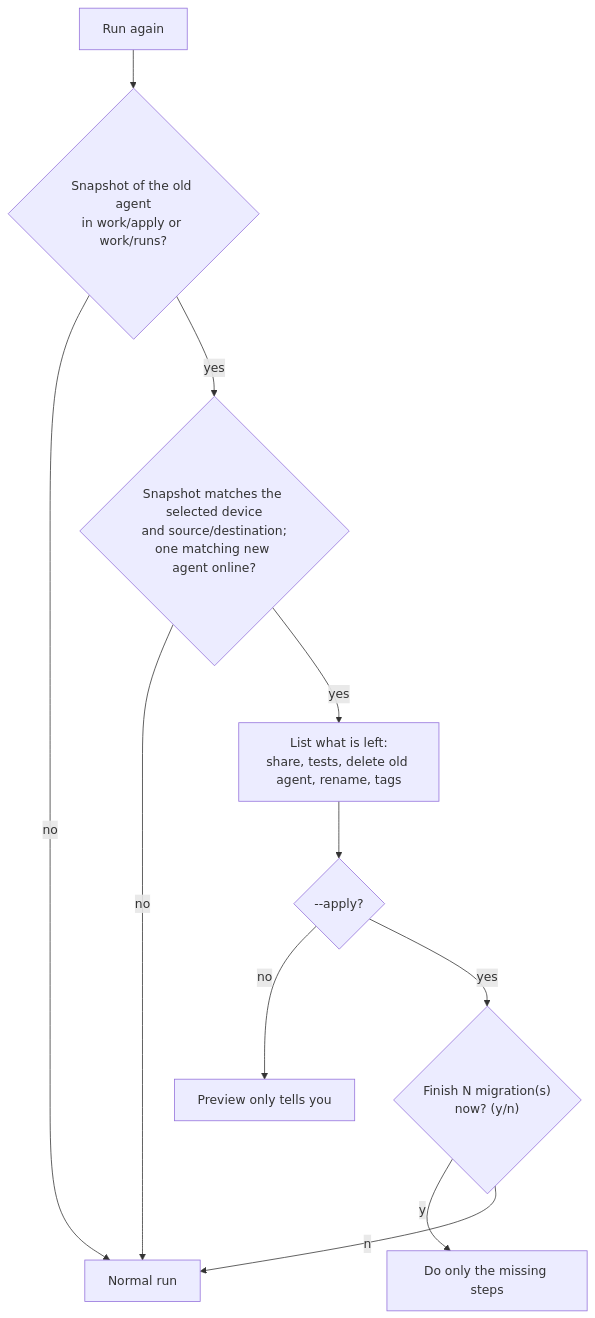
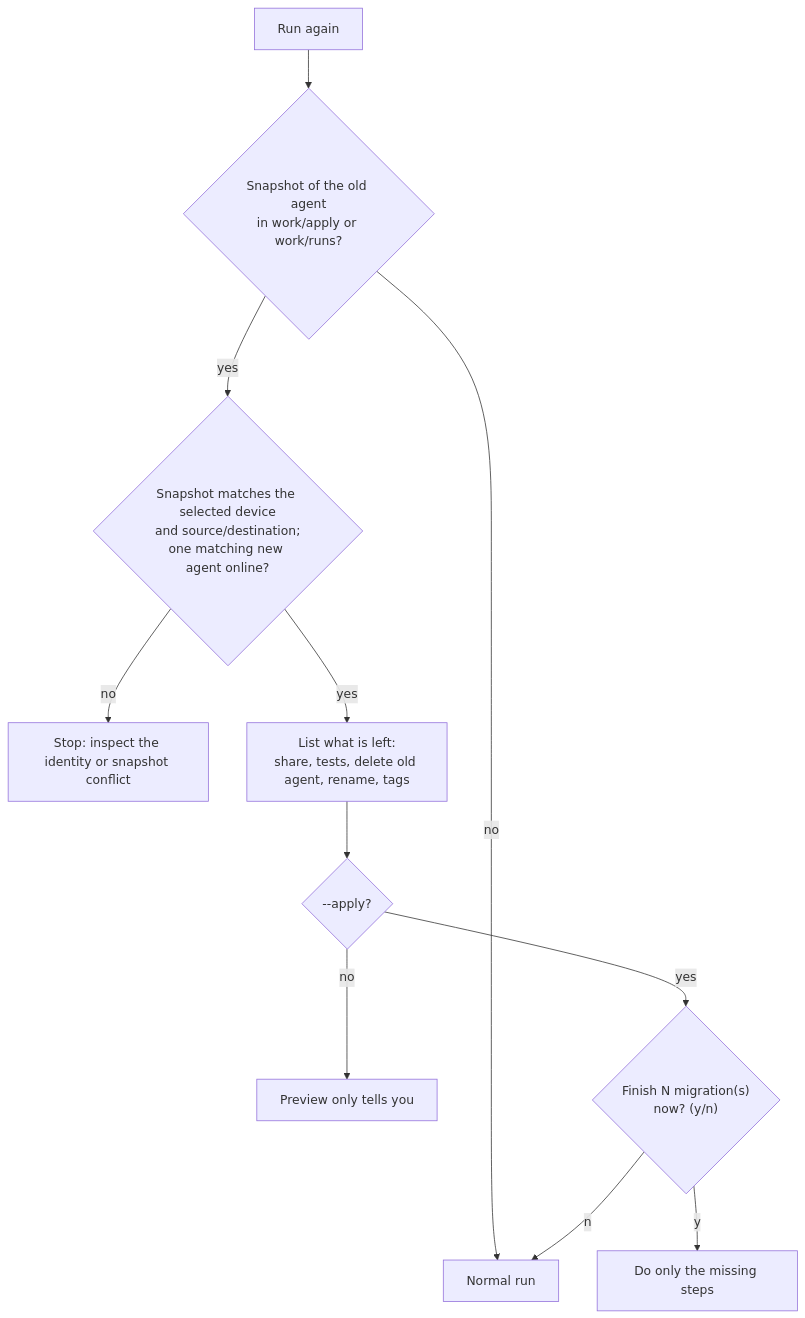
Before and after one commit to miherna2/te_ea_account_transfer: the fourth of 5 diagrams in TE_AGENT_MIGRATE_MINIMAL_REQUIREMENTS/README.md, drawn with Mermaid. The commit also changed other lines of this file and 12 other files, not shown here.

````diff
--- a/TE_AGENT_MIGRATE_MINIMAL_REQUIREMENTS/README.md
+++ b/TE_AGENT_MIGRATE_MINIMAL_REQUIREMENTS/README.md
@@ -338,13 +331,13 @@
 ```mermaid
 flowchart TD
     R["Run again"] --> S{"Snapshot of the old agent<br/>in work/apply or work/runs?"}
     S -- no --> N["Normal run"]
     S -- yes --> O{"Snapshot matches the selected device<br/>and source/destination;<br/>one matching new agent online?"}
-    O -- no --> N
+    O -- no --> BLOCK["Stop: inspect the identity or snapshot conflict"]
     O -- yes --> L["List what is left:<br/>share, tests, delete old agent, rename, tags"]
     L --> P{"--apply?"}
     P -- no --> I["Preview only tells you"]
     P -- yes --> Q{"Finish N migration(s)<br/>now? (y/n)"}
     Q -- y --> D["Do only the missing steps"]
     Q -- n --> N
 ```
````
